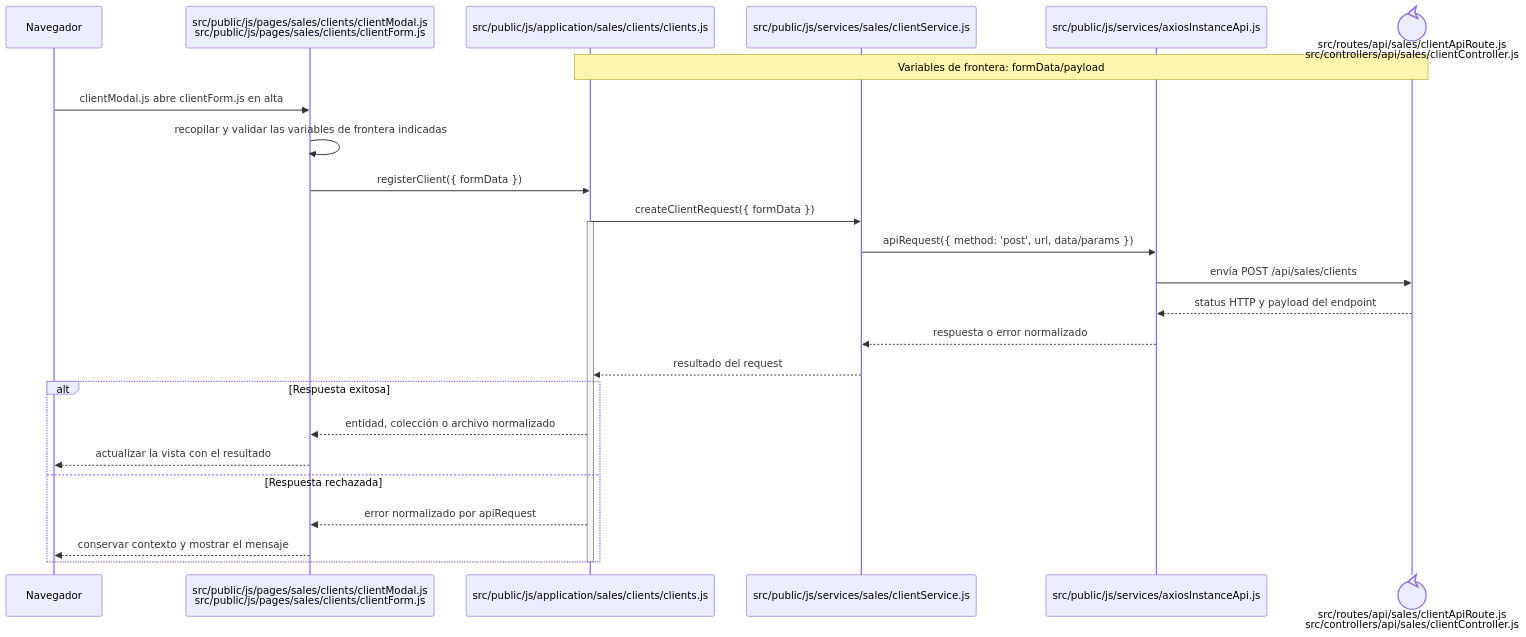
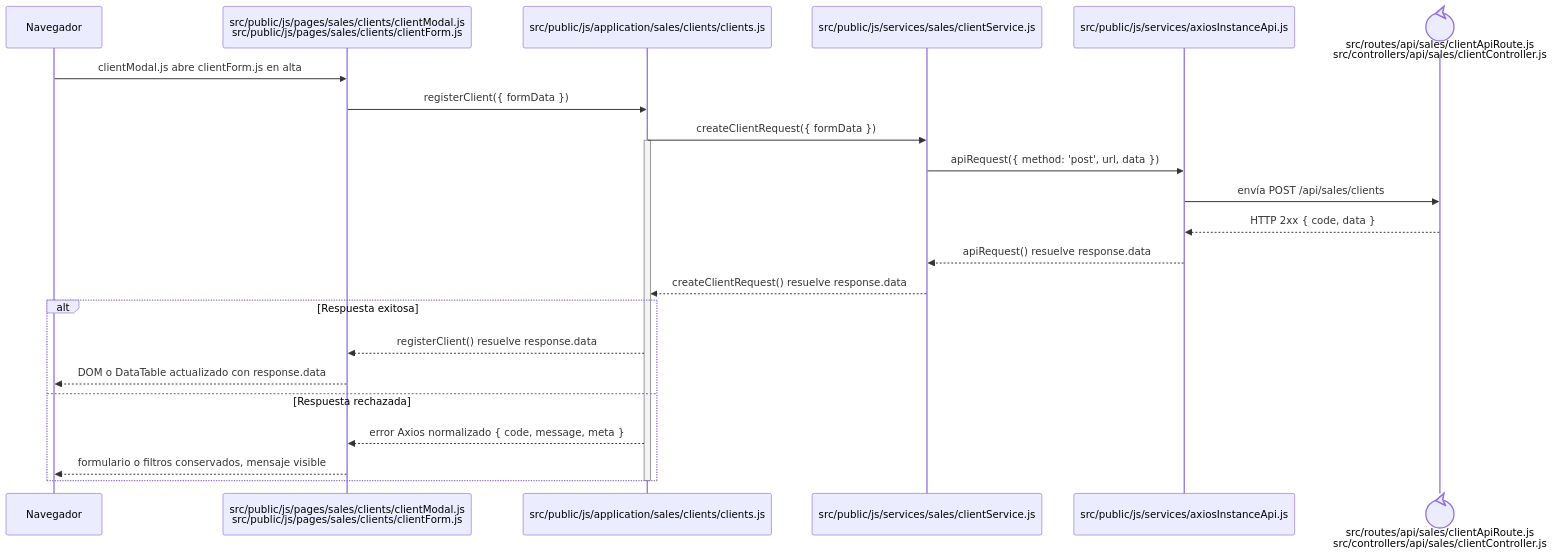
The diagram in docs/architecture/frontend-code-sequences/catalogs/cu-cat-06.md (gpgsistemas01/nexus), drawn with Mermaid before and after one commit. The commit also changed 148 other files, not shown here.

````diff
--- a/docs/architecture/frontend-code-sequences/catalogs/cu-cat-06.md
+++ b/docs/architecture/frontend-code-sequences/catalogs/cu-cat-06.md
@@ -6,29 +6,27 @@
 ```mermaid
 sequenceDiagram
     participant Browser as Navegador
     participant View as src/public/js/pages/sales/clients/clientModal.js<br/>src/public/js/pages/sales/clients/clientForm.js
     participant Application as src/public/js/application/sales/clients/clients.js
     participant Request as src/public/js/services/sales/clientService.js
     participant HTTP as src/public/js/services/axiosInstanceApi.js
     participant Transport@{ "type": "control" } as src/routes/api/sales/clientApiRoute.js<br/>src/controllers/api/sales/clientController.js
-    Note over Application,Transport: Variables de frontera: formData/payload
 
     Browser->>View: clientModal.js abre clientForm.js en alta
-    View->>View: recopilar y validar las variables de frontera indicadas
     View->>Application: registerClient({ formData })
     Application->>Request: createClientRequest({ formData })
     activate Application
-    Request->>HTTP: apiRequest({ method: 'post', url, data/params })
+    Request->>HTTP: apiRequest({ method: 'post', url, data })
     HTTP->>Transport: envía POST /api/sales/clients
-    Transport-->>HTTP: status HTTP y payload del endpoint
-    HTTP-->>Request: respuesta o error normalizado
-    Request-->>Application: resultado del request
+    Transport-->>HTTP: HTTP 2xx { code, data }
+    HTTP-->>Request: apiRequest() resuelve response.data
+    Request-->>Application: createClientRequest() resuelve response.data
     alt Respuesta exitosa
-        Application-->>View: entidad, colección o archivo normalizado
-        View-->>Browser: actualizar la vista con el resultado
+        Application-->>View: registerClient() resuelve response.data
+        View-->>Browser: DOM o DataTable actualizado con response.data
     else Respuesta rechazada
-        Application-->>View: error normalizado por apiRequest
-        View-->>Browser: conservar contexto y mostrar el mensaje
+        Application-->>View: error Axios normalizado { code, message, meta }
+        View-->>Browser: formulario o filtros conservados, mensaje visible
     end
     deactivate Application
 ```
````
